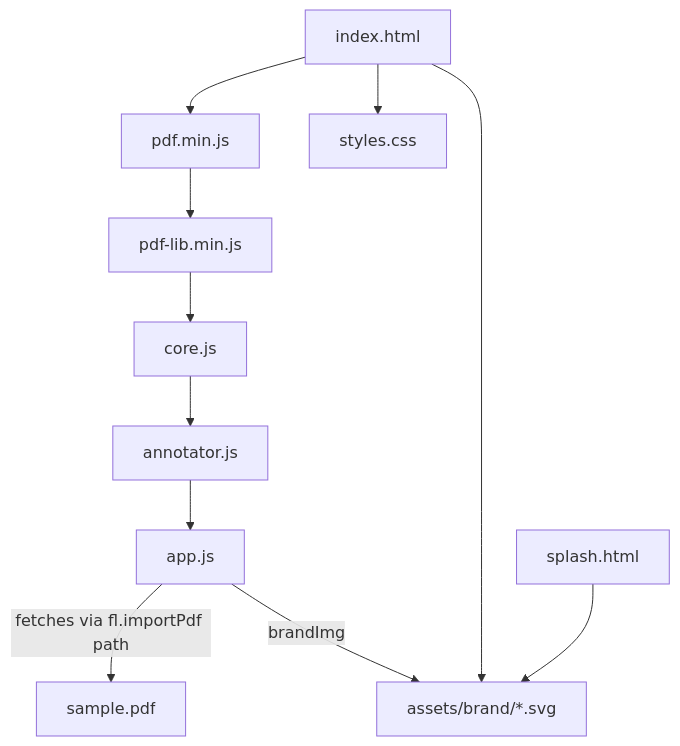
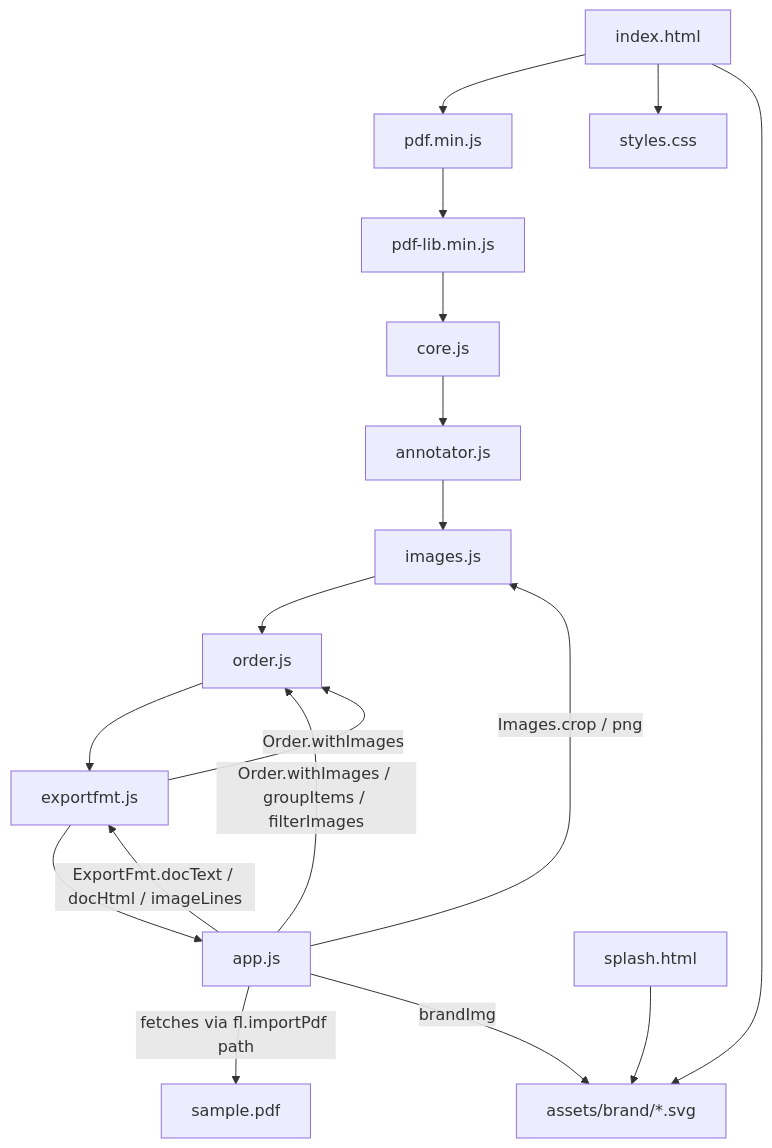
Before and after one commit to Lefarious/Faelights: the diagram in docs/atlas/modules/renderer-ui.md, drawn with Mermaid. The commit also changed other lines of this file and 9 other files, not shown here.

````diff
--- a/docs/atlas/modules/renderer-ui.md
+++ b/docs/atlas/modules/renderer-ui.md
@@ -15,9 +15,13 @@
 ```mermaid
 graph TD
-  html[index.html] --> pdfjs[pdf.min.js] --> pdflib[pdf-lib.min.js] --> core[core.js] --> annot[annotator.js] --> app[app.js]
+  html[index.html] --> pdfjs[pdf.min.js] --> pdflib[pdf-lib.min.js] --> core[core.js] --> annot[annotator.js] --> imgs[images.js] --> order[order.js] --> efmt[exportfmt.js] --> app[app.js]
+  app -->|Images.crop / png| imgs
+  app -->|Order.withImages / groupItems / filterImages| order
+  app -->|ExportFmt.docText / docHtml / imageLines| efmt
+  efmt -->|Order.withImages| order
   html --> css[styles.css]
   app -->|fetches via fl.importPdf path| sample[sample.pdf]
   app -->|brandImg| brand[assets/brand/*.svg]
   html --> brand
   splash[splash.html] --> brand
 ```
````
